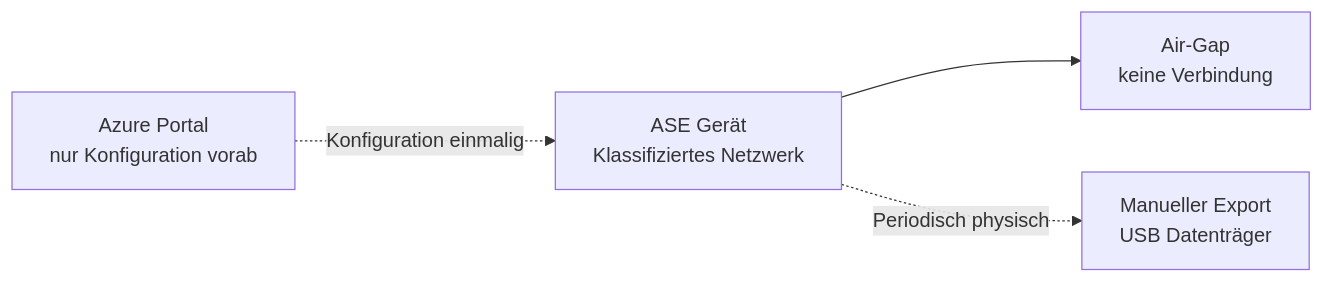
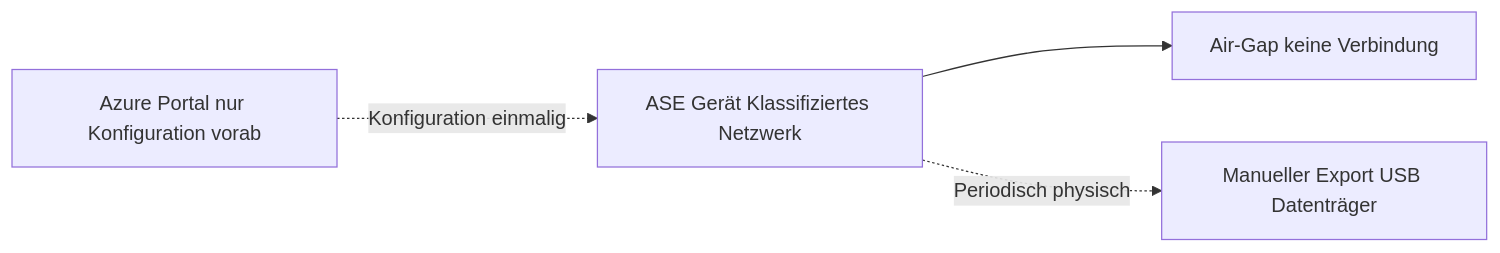
Before and after one commit to SoniiiT/notes-n-docs: diagram 11 of 12 in Microsoft 365/Azure/Arc/Azure Stack Edge.md, drawn with Mermaid. The commit also changed other lines of this file and 124 other files, not shown here.

First line of the commit message:
fix: Entferne \n aus allen Mermaid-Diagrammen (125 Dateien)

````diff
--- a/Microsoft 365/Azure/Arc/Azure Stack Edge.md
+++ b/Microsoft 365/Azure/Arc/Azure Stack Edge.md
@@ -376,11 +376,11 @@
 ```mermaid
 graph LR
-    ASE[ASE Gerät\nKlassifiziertes Netzwerk]
-    AIRGAP[Air-Gap\nkeine Verbindung]
-    MANUAL[Manueller Export\nUSB Datenträger]
-    AZURE[Azure Portal\nnur Konfiguration vorab]
+    ASE[ASE Gerät Klassifiziertes Netzwerk]
+    AIRGAP[Air-Gap keine Verbindung]
+    MANUAL[Manueller Export USB Datenträger]
+    AZURE[Azure Portal nur Konfiguration vorab]
 
     ASE --> AIRGAP
     ASE -.->|Periodisch physisch| MANUAL
     AZURE -.->|Konfiguration einmalig| ASE
 ```
````
